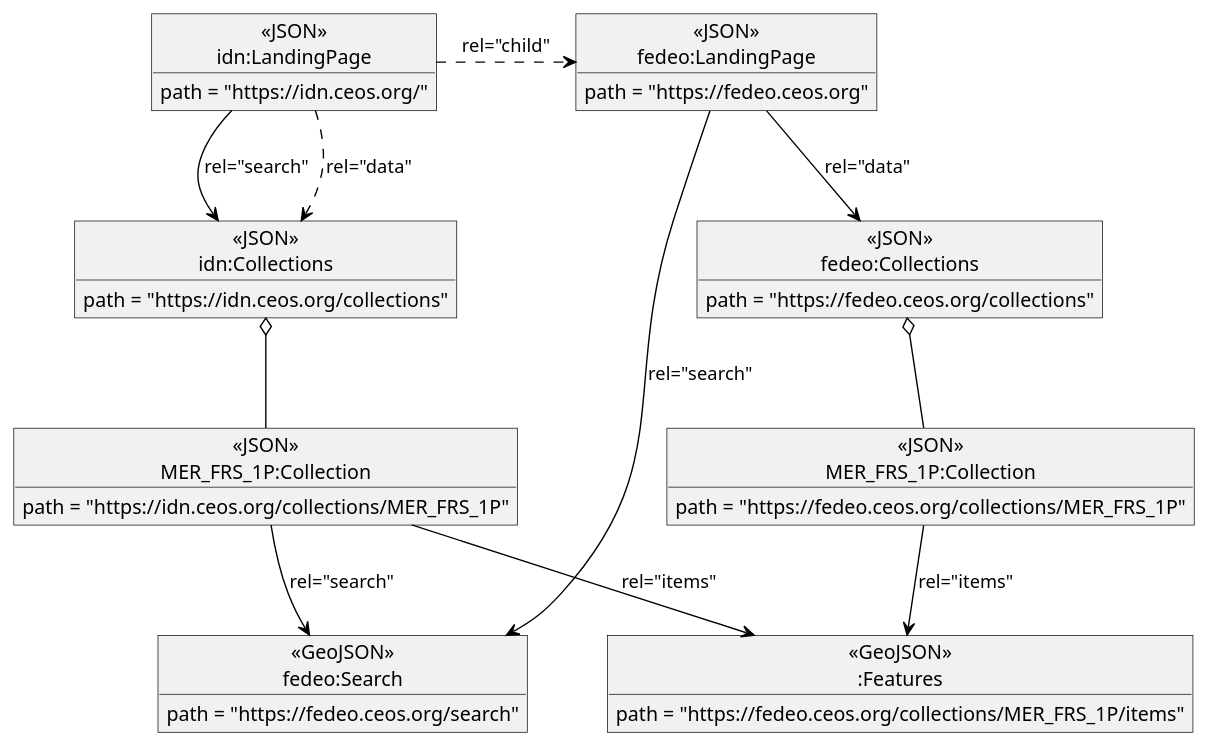
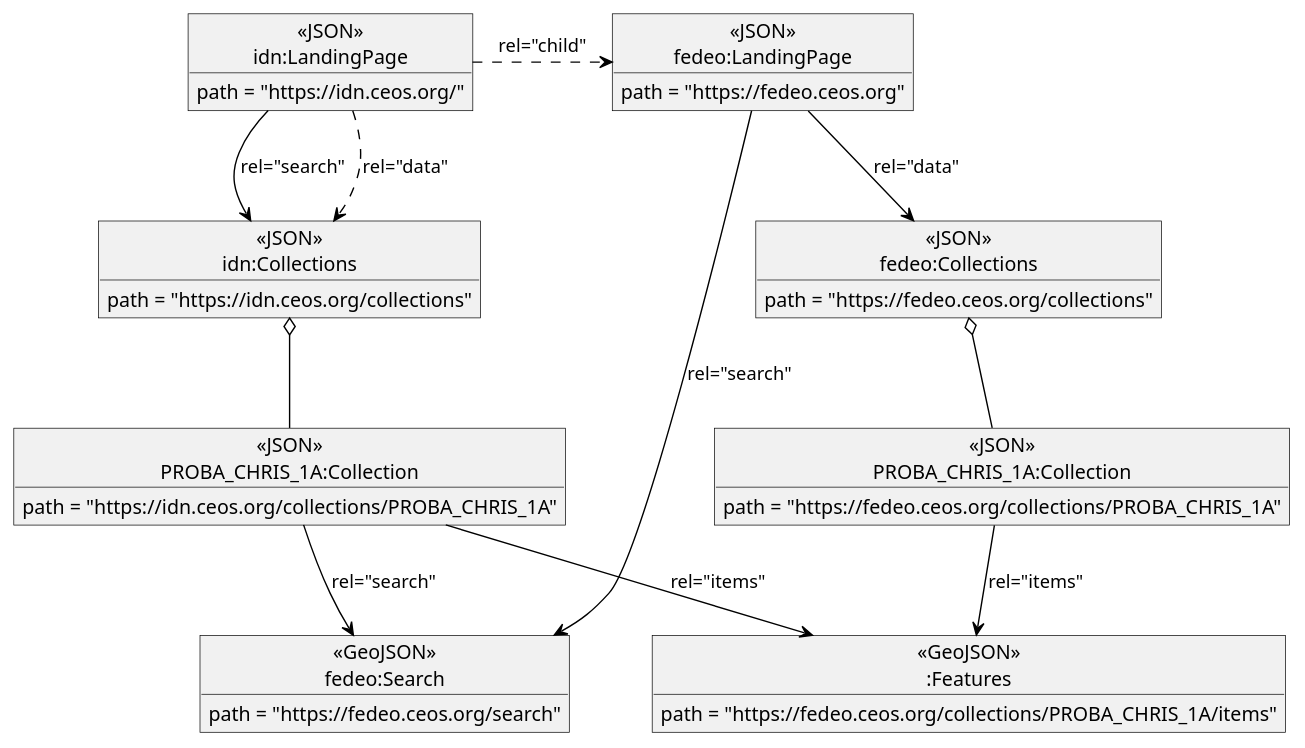
The diagram in figures/federation.puml (littleidiot40/stac-federated-search), drawn with PlantUML before and after one commit. The commit also changed 1 other file, not shown here.

```diff
--- a/figures/federation.puml
+++ b/figures/federation.puml
@@ -1,78 +1,78 @@
 @startuml
 
 ' Figure 20
 
 skinparam componentStyle uml2
 skinparam ArrowColor Black
 skinparam ClassBorderColor Black
 skinparam ComponentBorderColor Black
 skinparam ObjectBorderColor Black
 
 hide circle
 ' hide <<Resource>> circle
 show <<GeoJSON>> circle
 
 
 
 
 object "<<JSON>>\nidn:LandingPage" as federating_ldp {
    path = "https://idn.ceos.org/"
 }
 
 
 
 object "<<JSON>>\nidn:Collections" as federating_collections {
    path = "https://idn.ceos.org/collections"
 }
 
 federating_ldp ..> federating_collections : "rel="data""
 
 object "<<JSON>>\nfedeo:LandingPage" as federated_ldp {
    path = "https://fedeo.ceos.org"
 }
 
 object "<<JSON>>\nfedeo:Collections" as federated_collections {
   path = "https://fedeo.ceos.org/collections"
 }
 
 object "<<GeoJSON>>\nfedeo:Search" as federated_search {
    path = "https://fedeo.ceos.org/search"
 }
 
 federated_ldp --> federated_collections : "rel="data""
 federated_ldp --> federated_search : "rel="search""
 
 federating_ldp --> federating_collections : "rel="search""
 
 federating_ldp .right.> federated_ldp : "rel="child""
 
 
-object "<<JSON>>\nMER_FRS_1P:Collection" as MER_FRS_1P {
-      path = "https://fedeo.ceos.org/collections/MER_FRS_1P"
+object "<<JSON>>\nPROBA_CHRIS_1A:Collection" as PROBA_CHRIS_1A {
+      path = "https://fedeo.ceos.org/collections/PROBA_CHRIS_1A"
 }
 
-object "<<JSON>>\nMER_FRS_1P:Collection" as MER_FRS_1P_federating {
-      path = "https://idn.ceos.org/collections/MER_FRS_1P"
+object "<<JSON>>\nPROBA_CHRIS_1A:Collection" as PROBA_CHRIS_1A_federating {
+      path = "https://idn.ceos.org/collections/PROBA_CHRIS_1A"
 }
 
 
 object "<<GeoJSON>>\n:Features" as federated_items {
-  path = "https://fedeo.ceos.org/collections/MER_FRS_1P/items"
+  path = "https://fedeo.ceos.org/collections/PROBA_CHRIS_1A/items"
 }
 
-federated_collections o-down- MER_FRS_1P
+federated_collections o-down- PROBA_CHRIS_1A
 
-federating_collections o-down- MER_FRS_1P_federating
+federating_collections o-down- PROBA_CHRIS_1A_federating
 
 
-MER_FRS_1P --> federated_items : "rel="items""
+PROBA_CHRIS_1A --> federated_items : "rel="items""
 
-MER_FRS_1P_federating --> federated_items : "rel="items""
+PROBA_CHRIS_1A_federating --> federated_items : "rel="items""
 
-MER_FRS_1P_federating --> federated_search : "rel="search""
+PROBA_CHRIS_1A_federating --> federated_search : "rel="search""
 
 
 
 
 
 @enduml
```
